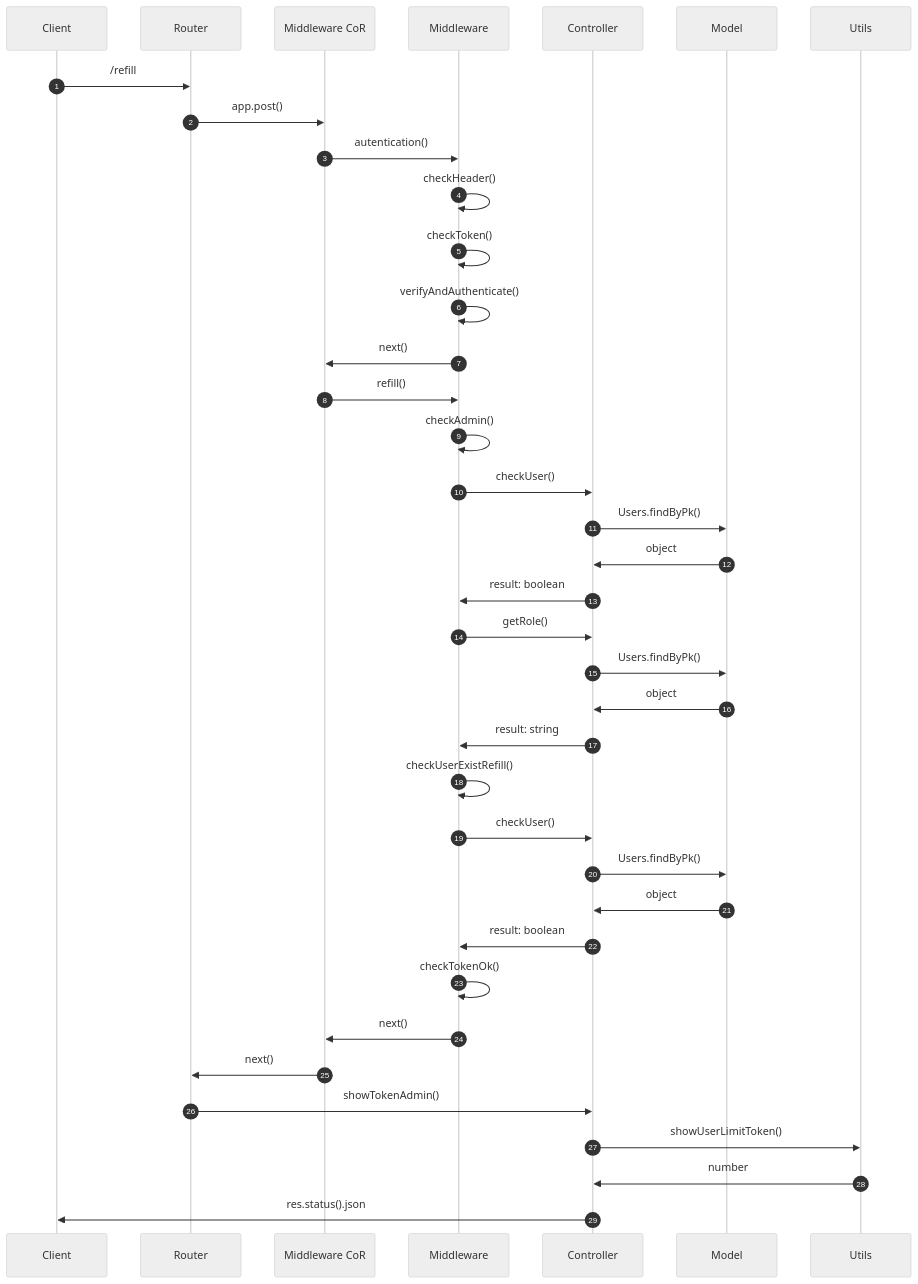
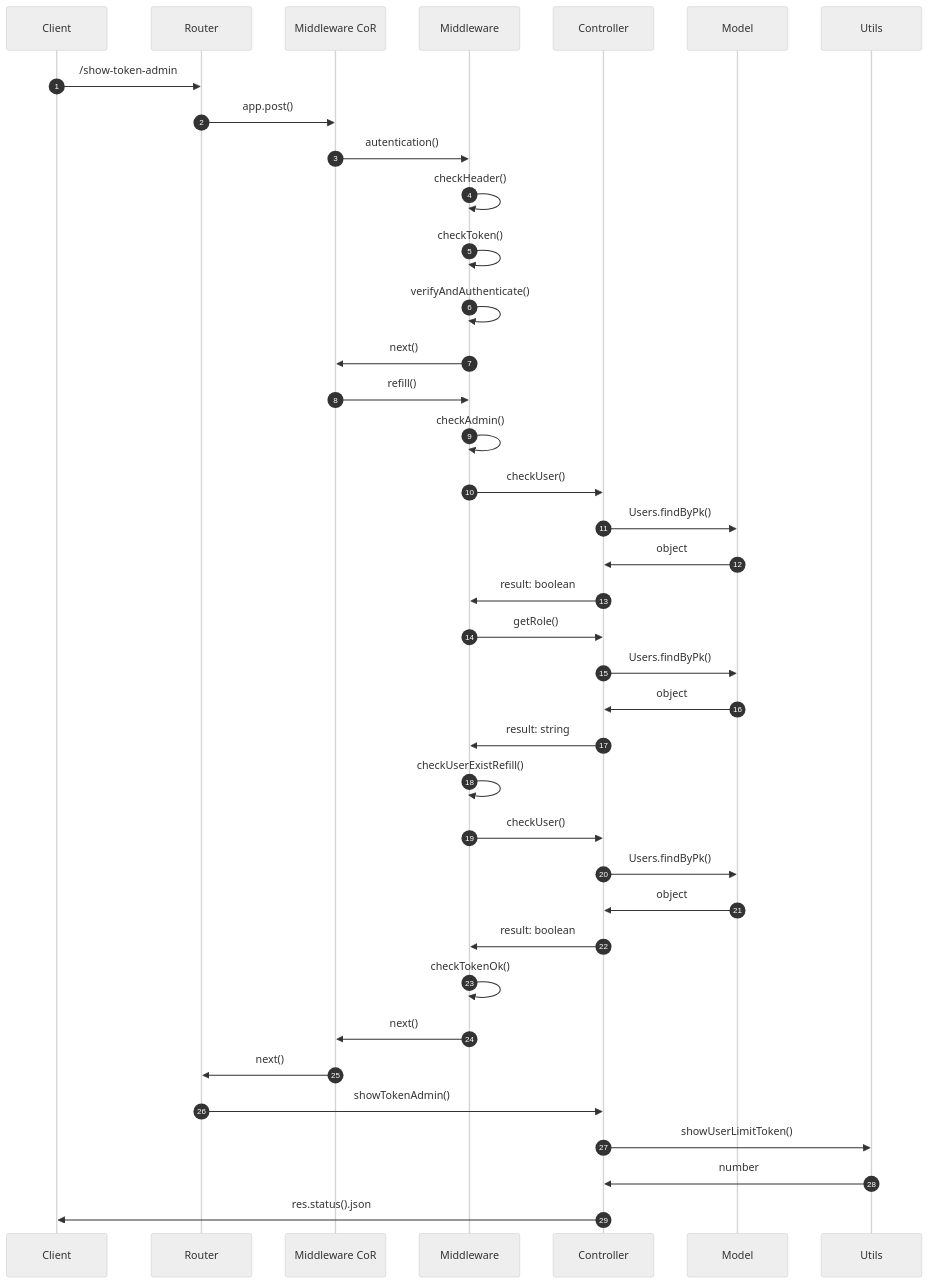
The ninth of 10 diagrams in README.md (mreddee/Progetto-Dama-PA), drawn with Mermaid (neutral theme) before and after one commit. The commit also changed other lines of this file, not shown here.

````diff
--- a/README.md
+++ b/README.md
@@ -443,33 +443,33 @@
 ```mermaid
 sequenceDiagram
 autonumber
-Client->>Router: /refill
+Client->>Router: /show-token-admin
 Router->>Middleware CoR: app.post()
 Middleware CoR->>Middleware: autentication()
 Middleware->>Middleware: checkHeader()
 Middleware->>Middleware: checkToken()
 Middleware->>Middleware: verifyAndAuthenticate()
 Middleware->>Middleware CoR: next()
 Middleware CoR->>Middleware: refill()
 Middleware->>Middleware: checkAdmin()
 Middleware->>Controller: checkUser()
 Controller->>Model: Users.findByPk()
 Model->>Controller: object
 Controller->>Middleware: result: boolean
 Middleware->>Controller: getRole()
 Controller->>Model: Users.findByPk()
 Model->>Controller: object
 Controller->>Middleware: result: string
 Middleware->>Middleware: checkUserExistRefill()
 Middleware->>Controller: checkUser()
 Controller->>Model: Users.findByPk()
 Model->>Controller: object
 Controller->>Middleware: result: boolean
 Middleware->>Middleware: checkTokenOk()
 Middleware->>Middleware CoR: next()
 Middleware CoR->>Router: next()
 Router->>Controller: showTokenAdmin()
 Controller->>Utils: showUserLimitToken()
 Utils->>Controller: number
 Controller->>Client: res.status().json
 ```
````
